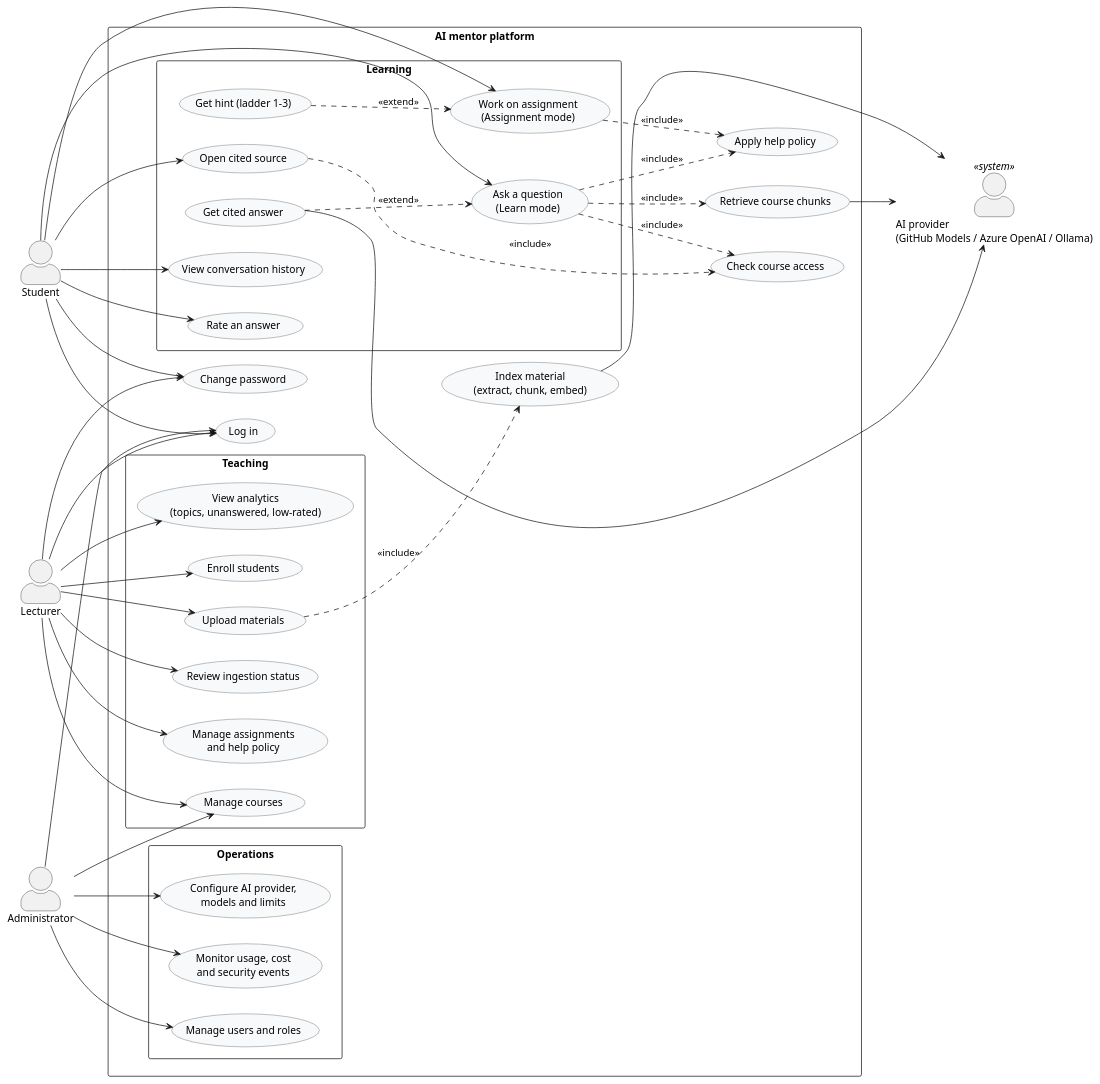
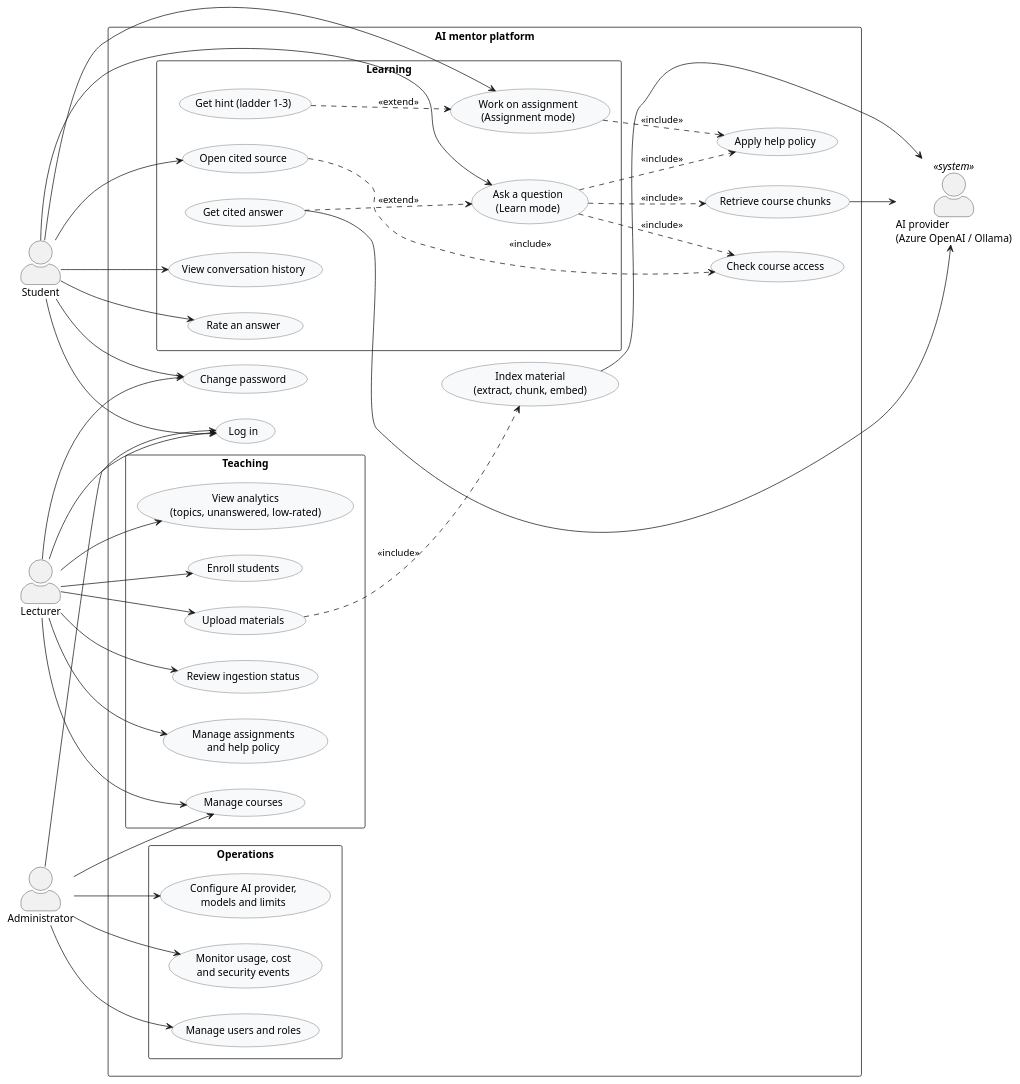
Before and after one commit to bekammo/AiMentor: the diagram in docs/diagrams/use-case.puml, drawn with PlantUML. The commit also changed 7 other files, not shown here.

First line of the commit message:
Switch hosted AI provider to Azure OpenAI (D11)

```diff
--- a/docs/diagrams/use-case.puml
+++ b/docs/diagrams/use-case.puml
@@ -1,87 +1,87 @@
 @startuml use-case
 ' UML Use Case diagram (P0-T4). Labels in English; Georgian versions go into the thesis figure.
 left to right direction
 skinparam packageStyle rectangle
 skinparam actorStyle awesome
 skinparam usecase {
   BackgroundColor #F8F9FA
   BorderColor #495057
 }
 
 actor "Student" as Student
 actor "Lecturer" as Lecturer
 actor "Administrator" as Admin
-actor "AI provider\n(GitHub Models / Azure OpenAI / Ollama)" as AI <<system>>
+actor "AI provider\n(Azure OpenAI / Ollama)" as AI <<system>>
 
 rectangle "AI mentor platform" {
   usecase "Log in" as UC_Login
   usecase "Change password" as UC_Pwd
 
   package "Learning" {
     usecase "Ask a question\n(Learn mode)" as UC_Ask
     usecase "Get cited answer" as UC_Cited
     usecase "Open cited source" as UC_Source
     usecase "Work on assignment\n(Assignment mode)" as UC_Assign
     usecase "Get hint (ladder 1-3)" as UC_Hint
     usecase "View conversation history" as UC_History
     usecase "Rate an answer" as UC_Rate
   }
 
   package "Teaching" {
     usecase "Manage courses" as UC_Course
     usecase "Enroll students" as UC_Enroll
     usecase "Upload materials" as UC_Upload
     usecase "Review ingestion status" as UC_Status
     usecase "Manage assignments\nand help policy" as UC_ManageAssign
     usecase "View analytics\n(topics, unanswered, low-rated)" as UC_Analytics
   }
 
   package "Operations" {
     usecase "Manage users and roles" as UC_Users
     usecase "Configure AI provider,\nmodels and limits" as UC_AiSettings
     usecase "Monitor usage, cost\nand security events" as UC_Usage
   }
 
   usecase "Check course access" as UC_Access
   usecase "Apply help policy" as UC_Policy
   usecase "Retrieve course chunks" as UC_Retrieve
   usecase "Index material\n(extract, chunk, embed)" as UC_Index
 }
 
 Student --> UC_Login
 Lecturer --> UC_Login
 Admin --> UC_Login
 Student --> UC_Pwd
 Lecturer --> UC_Pwd
 
 Student --> UC_Ask
 Student --> UC_Assign
 Student --> UC_History
 Student --> UC_Rate
 Student --> UC_Source
 
 UC_Ask ..> UC_Access : <<include>>
 UC_Ask ..> UC_Policy : <<include>>
 UC_Ask ..> UC_Retrieve : <<include>>
 UC_Cited ..> UC_Ask : <<extend>>
 UC_Assign ..> UC_Policy : <<include>>
 UC_Hint ..> UC_Assign : <<extend>>
 UC_Source ..> UC_Access : <<include>>
 
 Lecturer --> UC_Course
 Lecturer --> UC_Enroll
 Lecturer --> UC_Upload
 Lecturer --> UC_Status
 Lecturer --> UC_ManageAssign
 Lecturer --> UC_Analytics
 UC_Upload ..> UC_Index : <<include>>
 
 Admin --> UC_Users
 Admin --> UC_AiSettings
 Admin --> UC_Usage
 Admin --> UC_Course
 
 UC_Retrieve --> AI
 UC_Index --> AI
 UC_Cited --> AI
 @enduml
```
